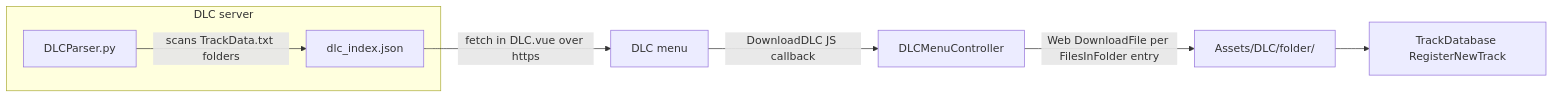
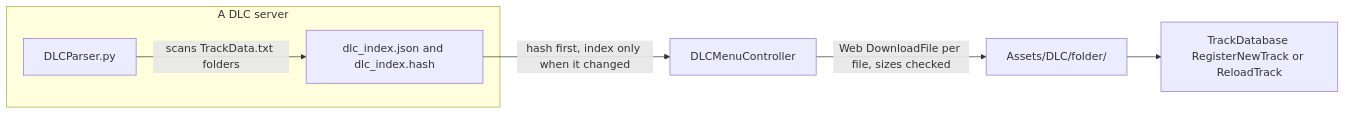
One commit to wobbier/Drumsmith changed the diagram in Docs/Songs-and-DLC.md. Above: the diagram before and after it, drawn with Mermaid. The commit also changed other lines of this file and 66 other files, not shown here.

````diff
--- a/Docs/Songs-and-DLC.md
+++ b/Docs/Songs-and-DLC.md
@@ -76,10 +83,9 @@
 ```mermaid
 flowchart LR
-    subgraph server [DLC server]
-        P[DLCParser.py] -->|scans TrackData.txt folders| IDX[dlc_index.json]
+    subgraph server [A DLC server]
+        P[DLCParser.py] -->|scans TrackData.txt folders| IDX[dlc_index.json and dlc_index.hash]
     end
-    IDX -->|fetch in DLC.vue over https| UI[DLC menu]
-    UI -->|DownloadDLC JS callback| C[DLCMenuController]
-    C -->|Web DownloadFile per FilesInFolder entry| F[Assets/DLC/folder/]
-    F --> R[TrackDatabase RegisterNewTrack]
+    IDX -->|hash first, index only when it changed| C[DLCMenuController]
+    C -->|Web DownloadFile per file, sizes checked| F[Assets/DLC/folder/]
+    F --> R[TrackDatabase RegisterNewTrack or ReloadTrack]
 ```
````
